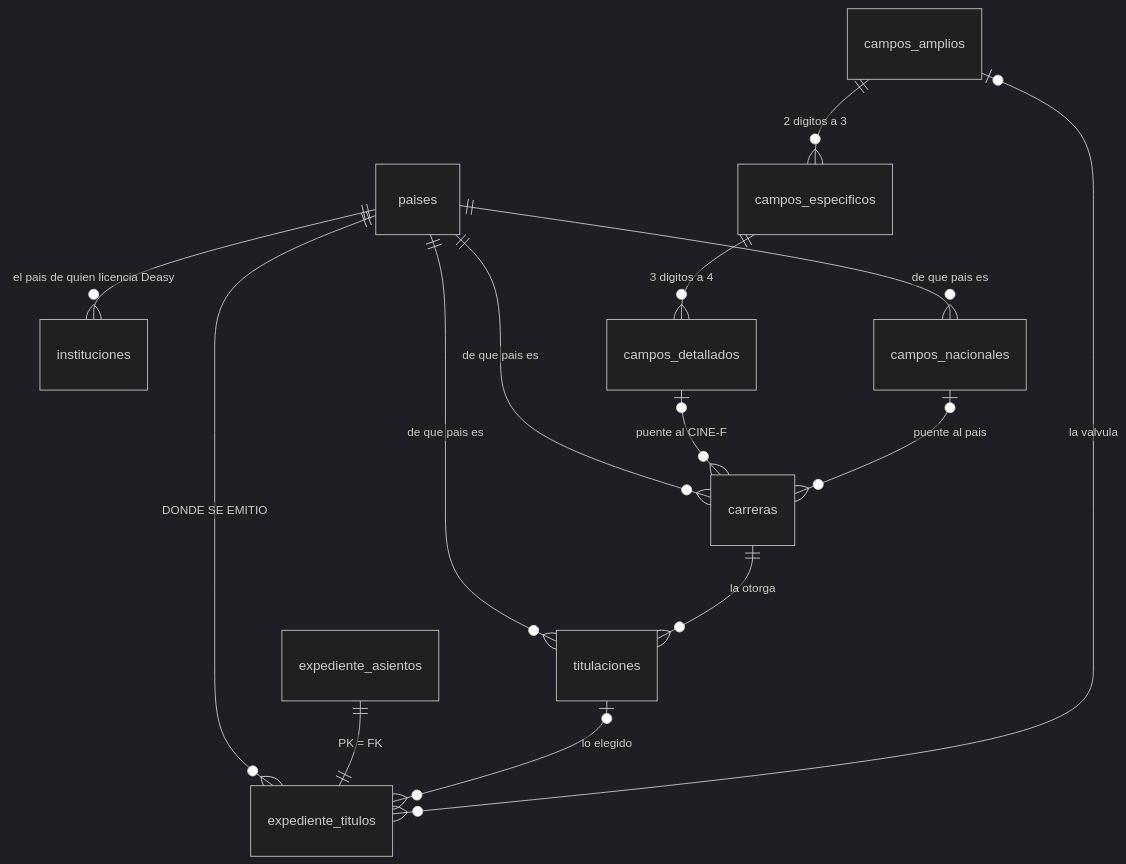
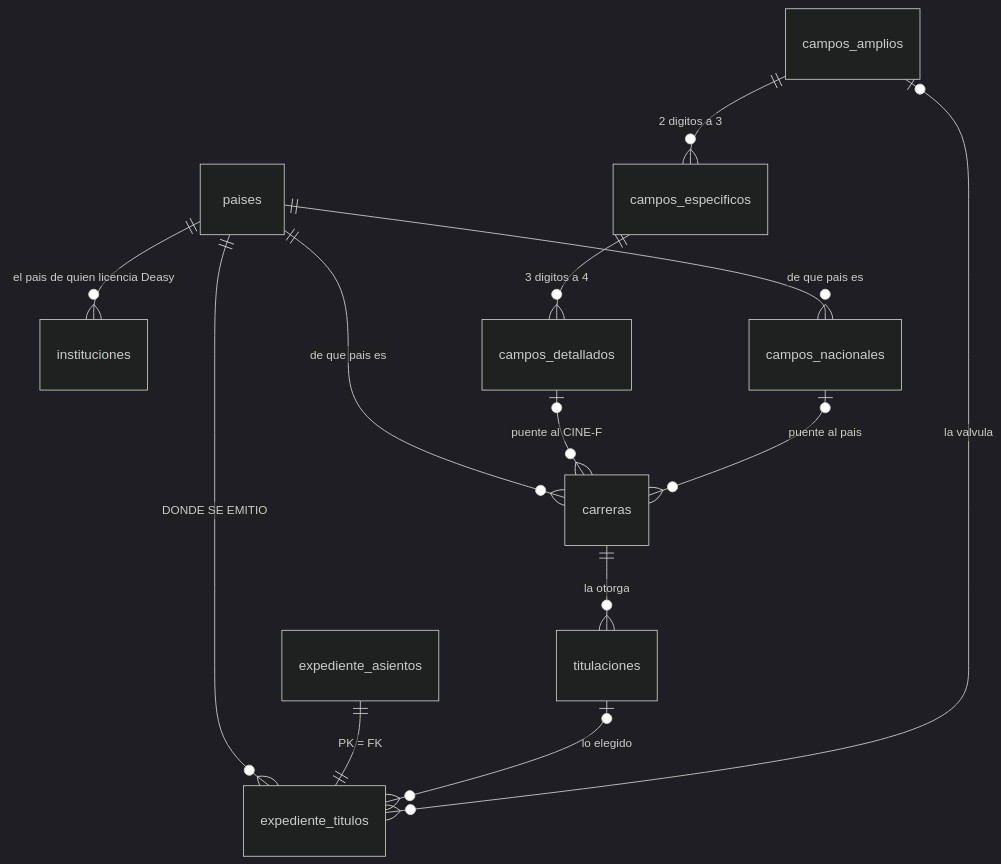
Before and after one commit to fresvel/deasy: the fourth of 8 diagrams in docs/src/content/docs/complemento/expediente.md, drawn with Mermaid (dark theme). The commit also changed other lines of this file and 1 other file, not shown here.

First line of the commit message:
docs(expediente): el catalogo en nivel logico, y dos correcciones que sacaron sus preguntas

````diff
--- a/docs/src/content/docs/complemento/expediente.md
+++ b/docs/src/content/docs/complemento/expediente.md
@@ -264,19 +266,18 @@
 ```mermaid
 erDiagram
   paises ||--o{ instituciones : "el pais de quien licencia Deasy"
   paises ||--o{ campos_nacionales : "de que pais es"
   paises ||--o{ carreras : "de que pais es"
-  paises ||--o{ titulaciones : "de que pais es"
   paises ||--o{ expediente_titulos : "DONDE SE EMITIO"
 
   campos_amplios ||--o{ campos_especificos : "2 digitos a 3"
   campos_especificos ||--o{ campos_detallados : "3 digitos a 4"
 
   campos_detallados |o--o{ carreras : "puente al CINE-F"
   campos_nacionales |o--o{ carreras : "puente al pais"
   carreras ||--o{ titulaciones : "la otorga"
 
   expediente_asientos ||--|| expediente_titulos : "PK = FK"
   titulaciones |o--o{ expediente_titulos : "lo elegido"
   campos_amplios |o--o{ expediente_titulos : "la valvula"
 ```
````
